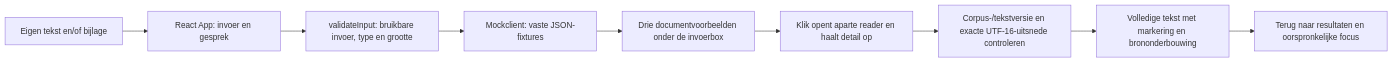
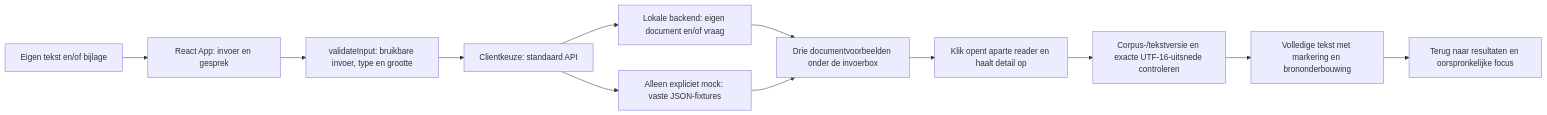
Before and after one commit to Daanvdplas/mike: the second of 2 diagrams in docs/CODEBASE_GUIDE.md, drawn with Mermaid. The commit also changed other lines of this file and 7 other files, not shown here.

Commit message:
Use the real local API by default and make mock mode explicit

````diff
--- a/docs/CODEBASE_GUIDE.md
+++ b/docs/CODEBASE_GUIDE.md
@@ -87,11 +87,14 @@
 ```mermaid
 flowchart LR
   U[Eigen tekst en/of bijlage] --> A[React App: invoer en gesprek]
   A --> V[validateInput: bruikbare invoer, type en grootte]
-  V --> M[Mockclient: vaste JSON-fixtures]
-  M --> R[Drie documentvoorbeelden onder de invoerbox]
+  V --> C[Clientkeuze: standaard API]
+  C --> API[Lokale backend: eigen document en/of vraag]
+  C --> M[Alleen expliciet mock: vaste JSON-fixtures]
+  API --> R[Drie documentvoorbeelden onder de invoerbox]
+  M --> R
   R --> D[Klik opent aparte reader en haalt detail op]
   D --> G[Corpus-/tekstversie en exacte UTF-16-uitsnede controleren]
   G --> T[Volledige tekst met markering en brononderbouwing]
   T --> B[Terug naar resultaten en oorspronkelijke focus]
 ```
````
